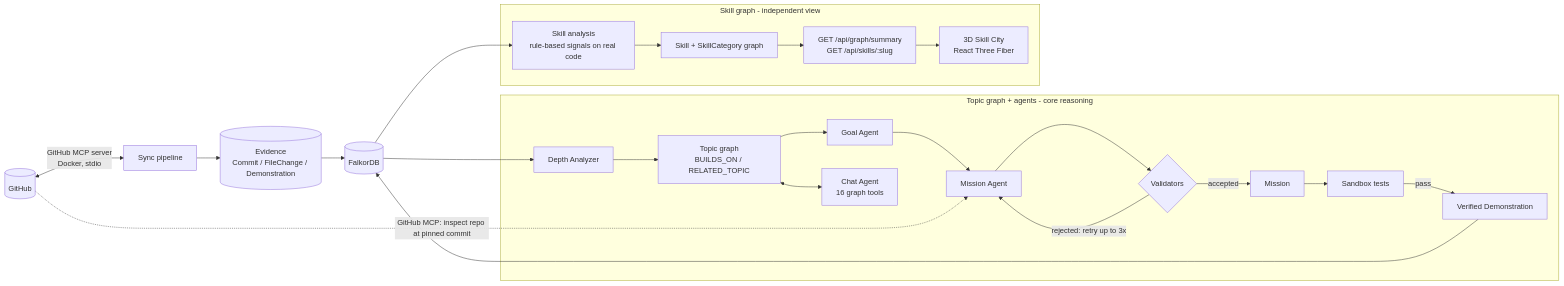
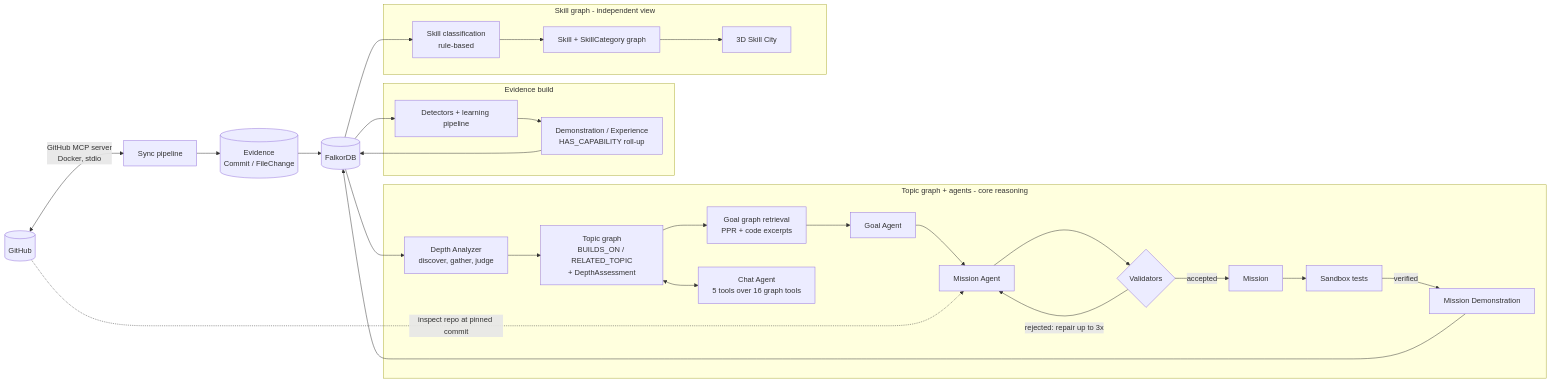
Before and after one commit to AymaanPathan/pathaway.io: the second of 14 diagrams in README.md, drawn with Mermaid. The commit also changed other lines of this file, not shown here.

Commit message:
Implement code changes to enhance functionality and improve performance

````diff
--- a/README.md
+++ b/README.md
@@ -201,26 +201,31 @@
 ```mermaid
 flowchart LR
     GH[(GitHub)] <-->|GitHub MCP server<br/>Docker, stdio| SYNC[Sync pipeline]
-    SYNC --> EV[(Evidence<br/>Commit / FileChange / Demonstration)]
+    SYNC --> EV[(Evidence<br/>Commit / FileChange)]
     EV --> DB[(FalkorDB)]
 
-    subgraph B[Topic graph + agents - core reasoning]
-        DA[Depth Analyzer] --> TG[Topic graph<br/>BUILDS_ON / RELATED_TOPIC]
-        TG --> GA[Goal Agent] --> MA[Mission Agent]
-        MA --> V{Validators}
-        V -->|rejected: retry up to 3x| MA
-        V -->|accepted| M[Mission] --> SB[Sandbox tests]
-        SB -->|pass| VE[Verified Demonstration]
-        TG <--> CH[Chat Agent<br/>16 graph tools]
+    subgraph E[Evidence build]
+        DET[Detectors + learning pipeline] --> DEMO[Demonstration / Experience<br/>HAS_CAPABILITY roll-up]
     end
 
-    subgraph A[Skill graph - independent view]
-        SK[Skill analysis<br/>rule-based signals on real code] --> SG[Skill + SkillCategory graph]
-        SG --> API1["GET /api/graph/summary<br/>GET /api/skills/:slug"] --> CITY["3D Skill City<br/>React Three Fiber"]
+    subgraph T[Topic graph + agents - core reasoning]
+        DA[Depth Analyzer<br/>discover, gather, judge] --> TG[Topic graph<br/>BUILDS_ON / RELATED_TOPIC<br/>+ DepthAssessment]
+        TG --> GG[Goal graph retrieval<br/>PPR + code excerpts] --> GA[Goal Agent] --> MA[Mission Agent]
+        MA --> V{Validators}
+        V -->|rejected: repair up to 3x| MA
+        V -->|accepted| M[Mission] --> SB[Sandbox tests]
+        SB -->|verified| VE[Mission Demonstration]
+        TG <--> CH[Chat Agent<br/>5 tools over 16 graph tools]
     end
 
+    subgraph S[Skill graph - independent view]
+        SK[Skill classification<br/>rule-based] --> SG[Skill + SkillCategory graph] --> CITY[3D Skill City]
+    end
+
+    DB --> DET
     DB --> DA
     DB --> SK
+    DEMO --> DB
     VE --> DB
-    GH -.->|GitHub MCP: inspect repo at pinned commit| MA
+    GH -.->|inspect repo at pinned commit| MA
 ```
````
